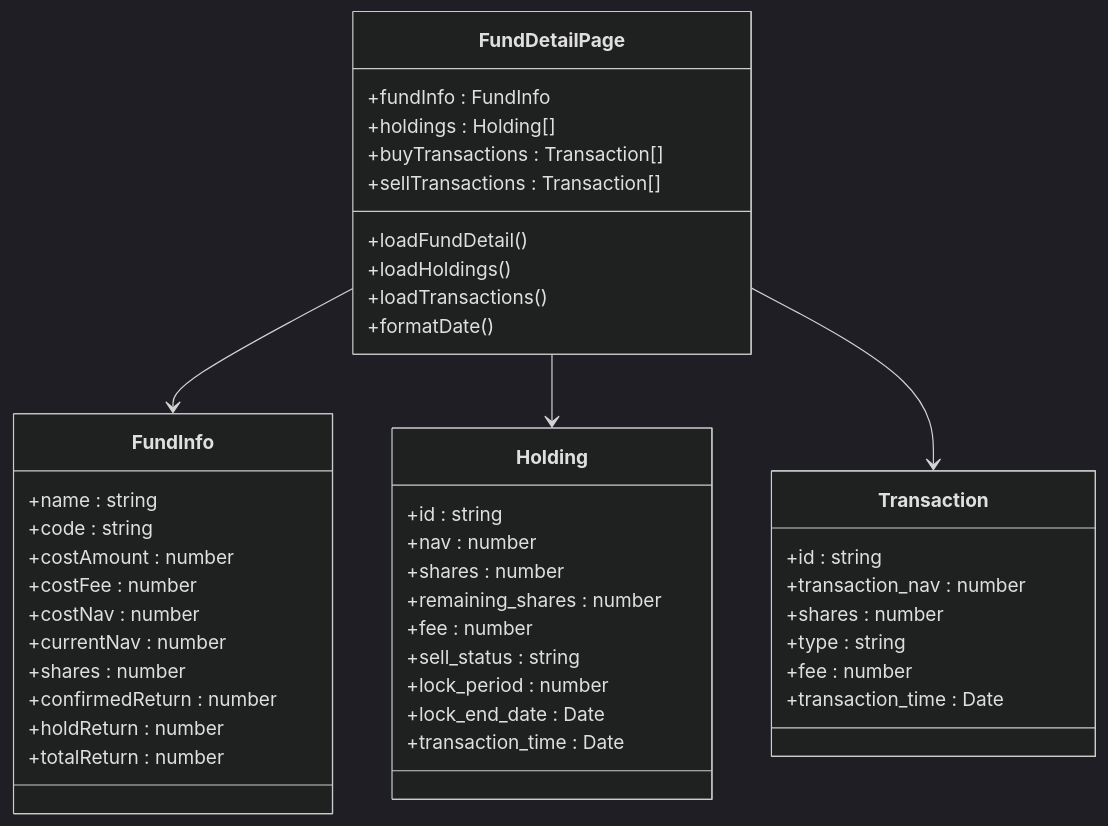
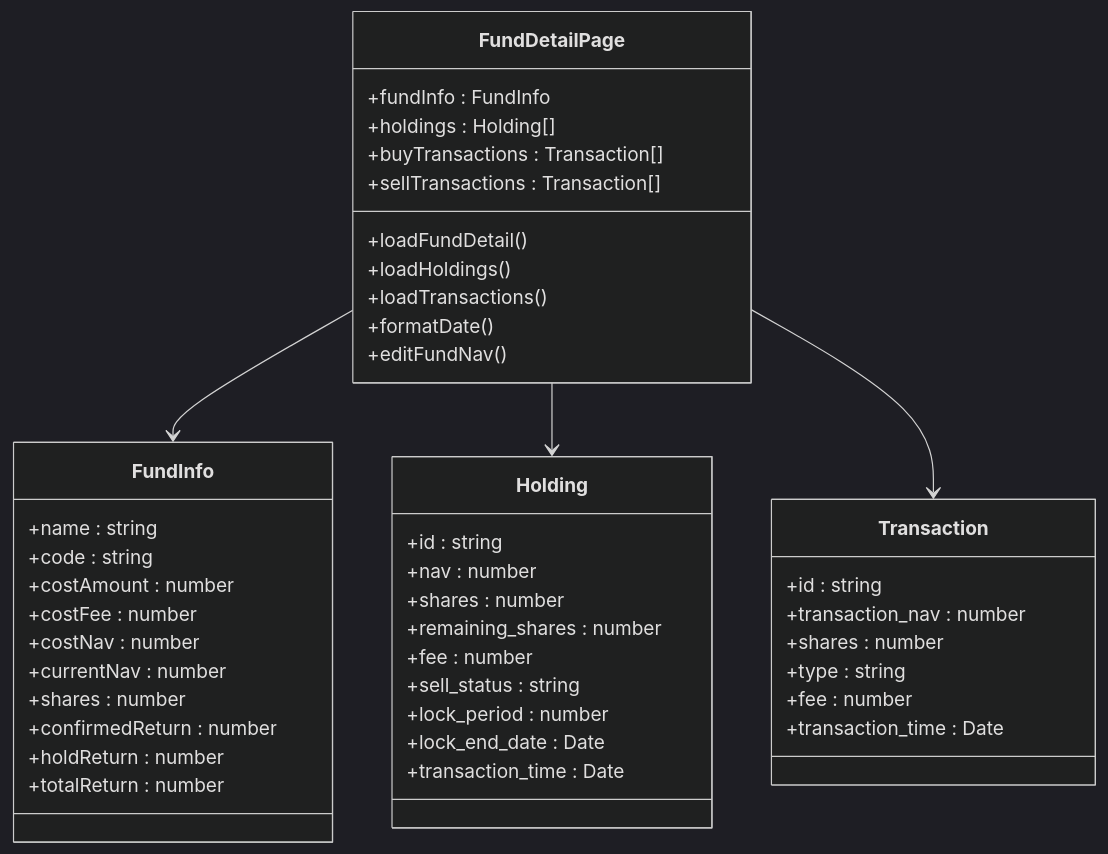
One commit to xiao-lin-unit/yuan changed the sixth of 8 diagrams in .qoder/repowiki/zh/content/资产管理/基金管理.md. Above: the diagram before and after it, drawn with Mermaid (dark theme). The commit also changed other lines of this file and 9 other files, not shown here.

````diff
--- a/.qoder/repowiki/zh/content/资产管理/基金管理.md
+++ b/.qoder/repowiki/zh/content/资产管理/基金管理.md
@@ -302,47 +331,48 @@
 ```mermaid
 classDiagram
 class FundDetailPage {
 +fundInfo : FundInfo
 +holdings : Holding[]
 +buyTransactions : Transaction[]
 +sellTransactions : Transaction[]
 +loadFundDetail()
 +loadHoldings()
 +loadTransactions()
 +formatDate()
++editFundNav()
 }
 class FundInfo {
 +name : string
 +code : string
 +costAmount : number
 +costFee : number
 +costNav : number
 +currentNav : number
 +shares : number
 +confirmedReturn : number
 +holdReturn : number
 +totalReturn : number
 }
 class Holding {
 +id : string
 +nav : number
 +shares : number
 +remaining_shares : number
 +fee : number
 +sell_status : string
 +lock_period : number
 +lock_end_date : Date
 +transaction_time : Date
 }
 class Transaction {
 +id : string
 +transaction_nav : number
 +shares : number
 +type : string
 +fee : number
 +transaction_time : Date
 }
 FundDetailPage --> FundInfo
 FundDetailPage --> Holding
 FundDetailPage --> Transaction
 ```
````
